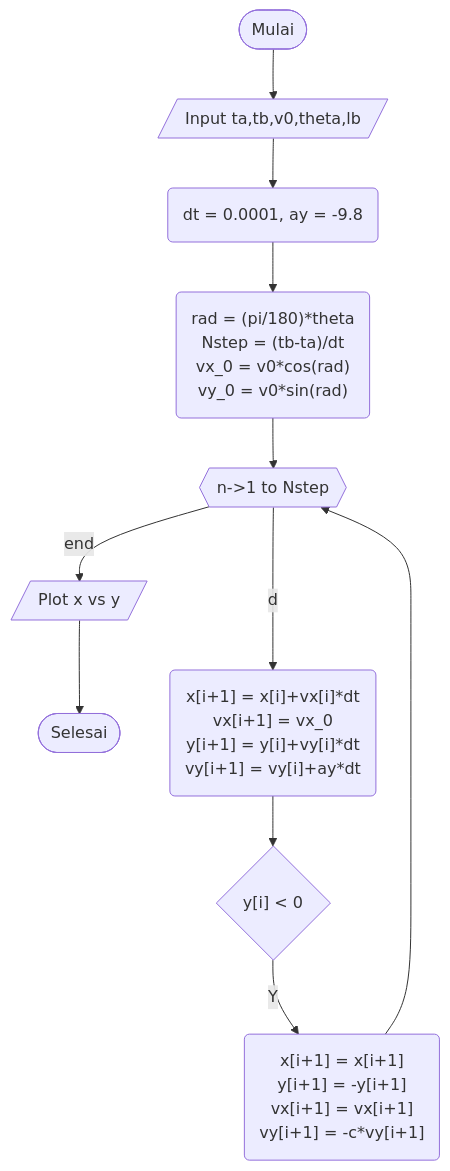
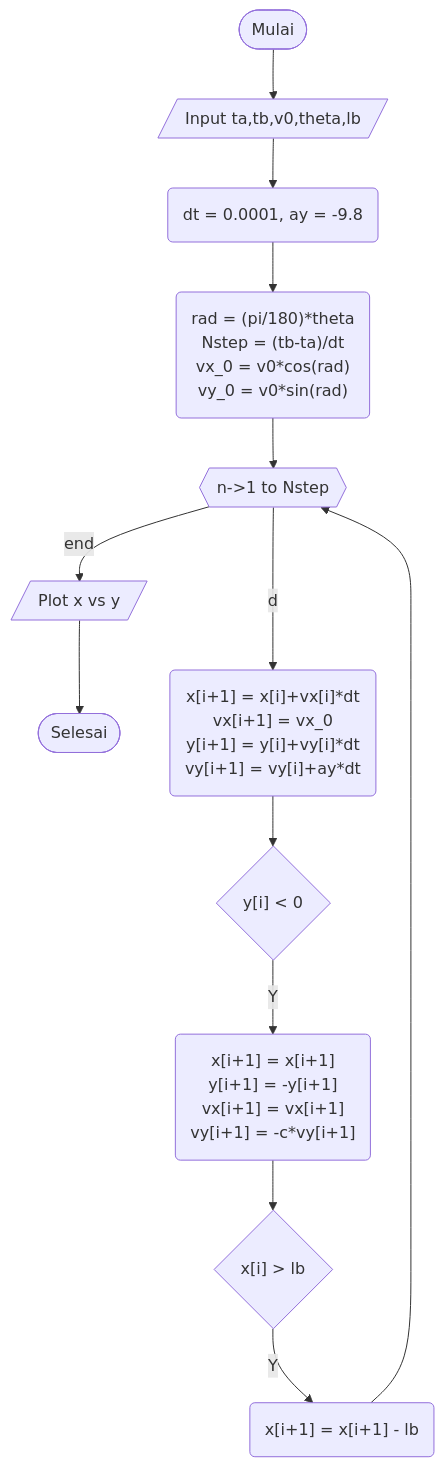
The third of 6 diagrams in Tugas 1/README.md (yozoracaelum/CompPhys), drawn with Mermaid before and after one commit. The commit also changed other lines of this file, not shown here.

````diff
--- a/Tugas 1/README.md
+++ b/Tugas 1/README.md
@@ -45,13 +45,15 @@
 ```mermaid
 graph TD;
     A([Mulai])-->B[/Input ta,tb,v0,theta,lb/];
     B-->C(dt = 0.0001, ay = -9.8);
     C-->D("rad = (pi/180)*theta<br/>Nstep = (tb-ta)/dt<br/>vx_0 = v0*cos(rad)<br/>vy_0 = v0*sin(rad)");
     D-->E{{n->1 to Nstep}};
-    H-->E;
-    E--end-->I[/Plot x vs y/];
-    I-->J([Selesai]);
+    J-->E;
+    E--end-->K[/Plot x vs y/];
+    K-->L([Selesai]);
     E--do-->F("x[i+1] = x[i]+vx[i]*dt<br/>vx[i+1] = vx_0<br/>y[i+1] = y[i]+vy[i]*dt<br/>vy[i+1] = vy[i]+ay*dt");
     F-->G{"y[i] < 0"};
     G--Y-->H("x[i+1] = x[i+1]<br/>y[i+1] = -y[i+1]<br/>vx[i+1] = vx[i+1]<br/>vy[i+1] = -c*vy[i+1]");
+    H-->I{"x[i] > lb"};
+    I--Y-->J("x[i+1] = x[i+1] - lb");
 ```
````
